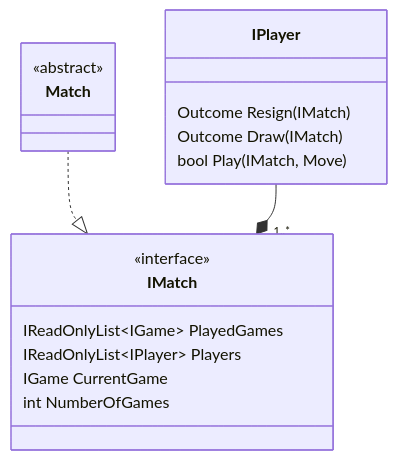
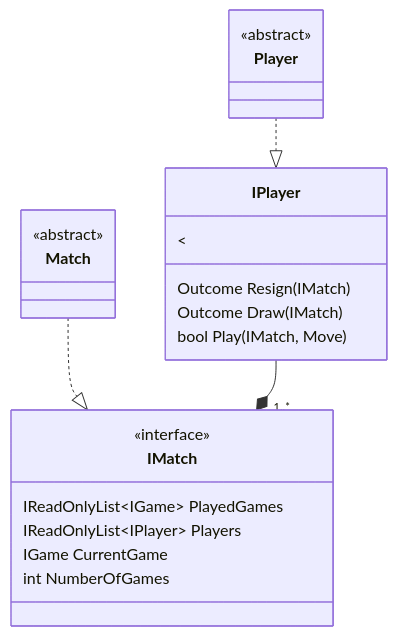
One commit to JeanLColombo/Mate changed the diagram in docs/UML/Core/Match.md. Above: the diagram before and after it, drawn with Mermaid. The commit also changed 6 other files, not shown here.

````diff
--- a/docs/UML/Core/Match.md
+++ b/docs/UML/Core/Match.md
@@ -6,20 +6,25 @@
 ```mermaid
     classDiagram
     class IMatch{
         <<interface>>
         IReadOnlyList~IGame~ PlayedGames
         IReadOnlyList~IPlayer~ Players 
         IGame CurrentGame
         int NumberOfGames
     }
     class Match{
         <<abstract>>
     }
     class IPlayer{
+        <<interface>
         Outcome Resign(IMatch)
         Outcome Draw(IMatch)
         bool Play(IMatch, Move)
     }
+    class Player{
+        <<abstract>>
+    }
     Match ..|> IMatch
     IPlayer --* "1..*" IMatch
+    Player ..|> IPlayer
 ```
````
